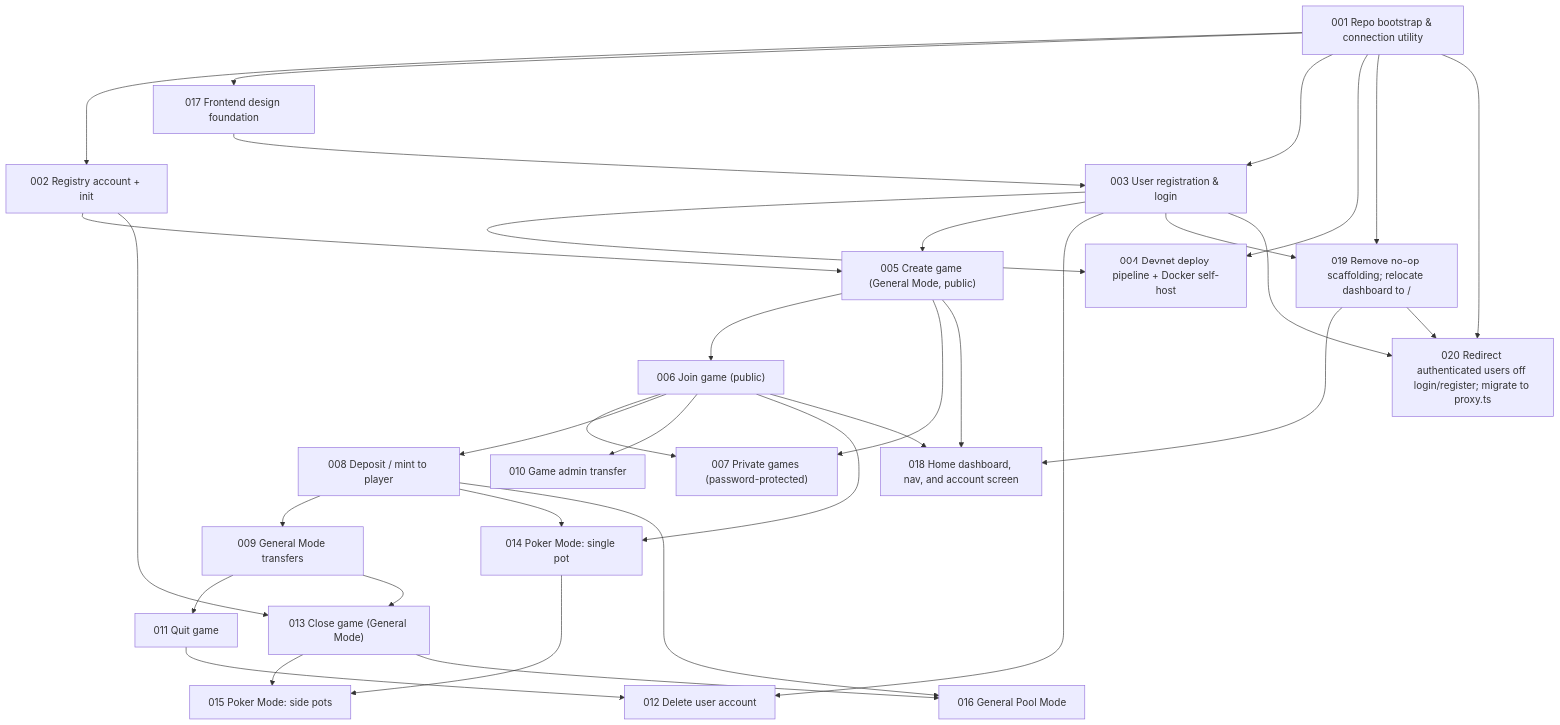
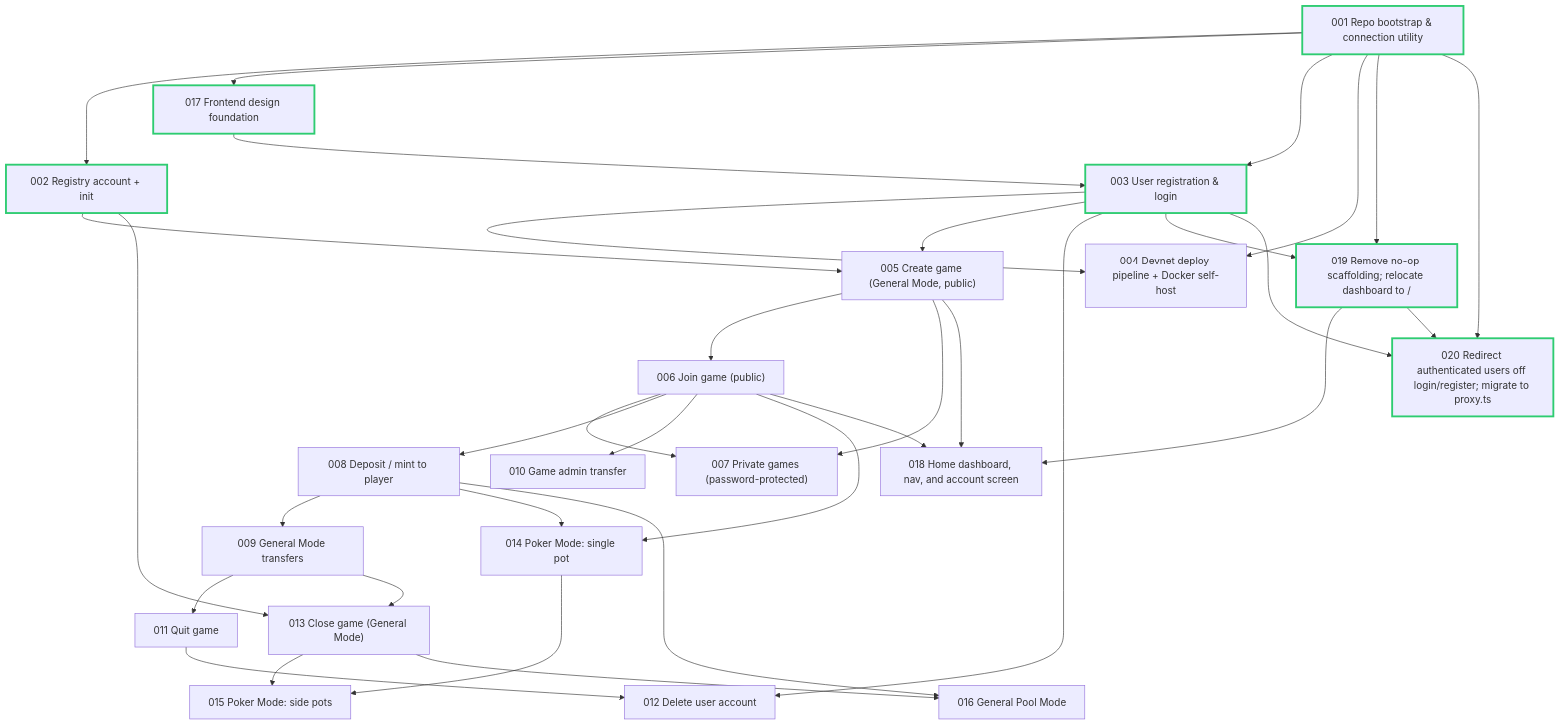
The diagram in docs/tickets/000-index.md (jianhong1998/game-token-wallet-v2), drawn with Mermaid before and after one commit. The commit also changed other lines of this file and 1 other file, not shown here.

Commit message:
docs: update ticket status

````diff
--- a/docs/tickets/000-index.md
+++ b/docs/tickets/000-index.md
@@ -39,57 +39,62 @@
 ```mermaid
 graph TD
     001["001 Repo bootstrap & connection utility"]
     002["002 Registry account + init"]
     017["017 Frontend design foundation"]
     003["003 User registration & login"]
     004["004 Devnet deploy pipeline + Docker self-host"]
     005["005 Create game (General Mode, public)"]
     006["006 Join game (public)"]
     007["007 Private games (password-protected)"]
     008["008 Deposit / mint to player"]
     009["009 General Mode transfers"]
     010["010 Game admin transfer"]
     011["011 Quit game"]
     012["012 Delete user account"]
     013["013 Close game (General Mode)"]
     014["014 Poker Mode: single pot"]
     015["015 Poker Mode: side pots"]
     016["016 General Pool Mode"]
     018["018 Home dashboard, nav, and account screen"]
     019["019 Remove no-op scaffolding; relocate dashboard to /"]
     020["020 Redirect authenticated users off login/register; migrate to proxy.ts"]
 
     001 --> 002
     001 --> 017
     017 --> 003
     001 --> 003
     001 --> 004
     003 --> 004
     002 --> 005
     003 --> 005
     005 --> 006
     005 --> 007
     006 --> 007
     006 --> 008
     008 --> 009
     006 --> 010
     009 --> 011
     003 --> 012
     011 --> 012
     002 --> 013
     009 --> 013
     006 --> 014
     008 --> 014
     014 --> 015
     013 --> 015
     008 --> 016
     013 --> 016
     005 --> 018
     006 --> 018
     001 --> 019
     003 --> 019
     019 --> 018
     001 --> 020
     003 --> 020
     019 --> 020
+
+    classDef done stroke:#2ecc71,stroke-width:3px;
+    classDef inProgress stroke:#f1c40f,stroke-width:3px;
+
+    class 001,002,003,017,019,020 done;
 ```
````
